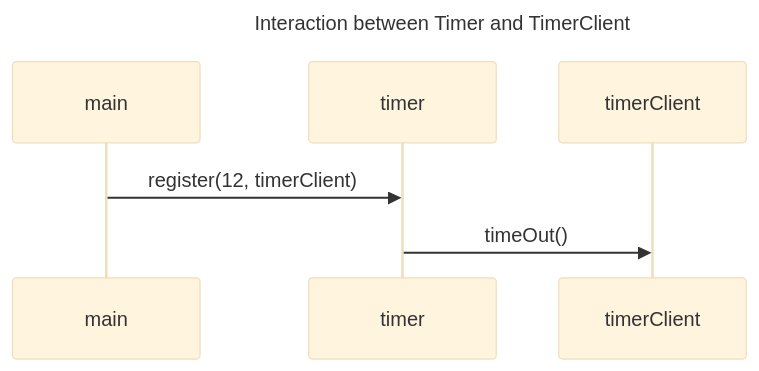
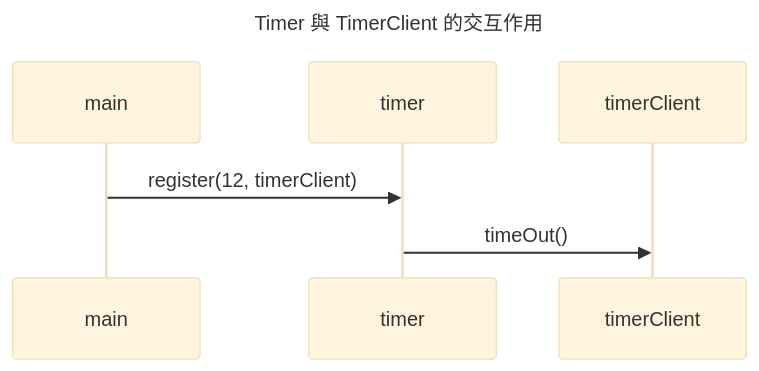
Before and after one commit to nlhsueh/teach_sw_fw: the eighth of 17 diagrams in Part3_Principle/ch08_oo.md, drawn with Mermaid (base theme). The commit also changed other lines of this file and 1 other file, not shown here.

Commit message:
style: translate diagram titles and notes to Chinese in ch07 and ch08

````diff
--- a/Part3_Principle/ch08_oo.md
+++ b/Part3_Principle/ch08_oo.md
@@ -493,8 +493,8 @@
 ```mermaid
 ---
-title: Interaction between Timer and TimerClient
+title: Timer 與 TimerClient 的交互作用
 ---
 sequenceDiagram
     main->>timer: register(12, timerClient)
     timer->>timerClient: timeOut()
 ```
````
